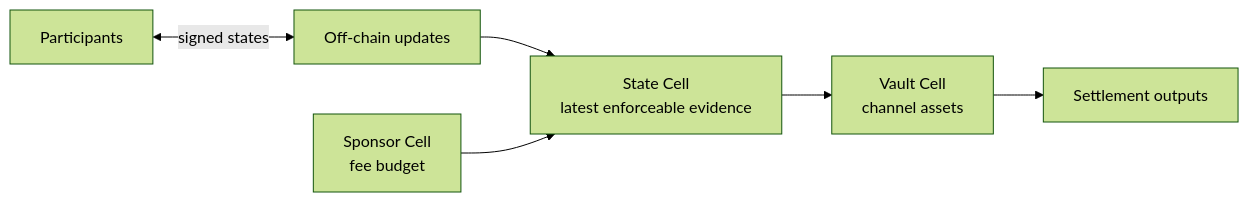
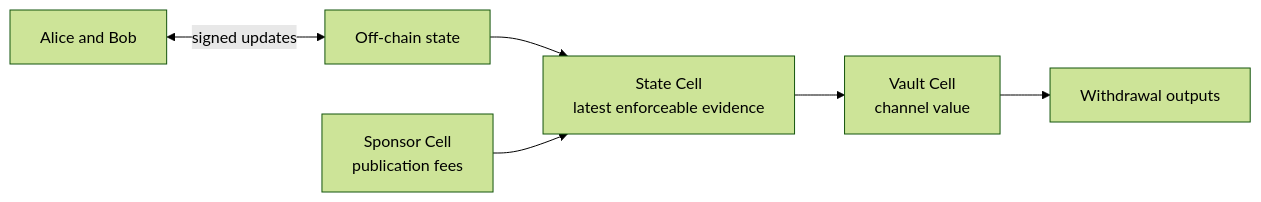
Before and after one commit to a19q3/Morph: the first of 2 diagrams in README.md, drawn with Mermaid (forest theme). The commit also changed other lines of this file, not shown here.

````diff
--- a/README.md
+++ b/README.md
@@ -21,8 +25,8 @@
 ```mermaid
 flowchart LR
-    A["Participants"] <-->|"signed states"| B["Off-chain updates"]
-    B --> S["State Cell<br/>latest enforceable evidence"]
-    S --> V["Vault Cell<br/>channel assets"]
-    P["Sponsor Cell<br/>fee budget"] --> S
-    V --> O["Settlement outputs"]
+    U["Alice and Bob"] <-->|"signed updates"| O["Off-chain state"]
+    O --> S["State Cell<br/>latest enforceable evidence"]
+    S --> V["Vault Cell<br/>channel value"]
+    P["Sponsor Cell<br/>publication fees"] --> S
+    V --> W["Withdrawal outputs"]
 ```
````
